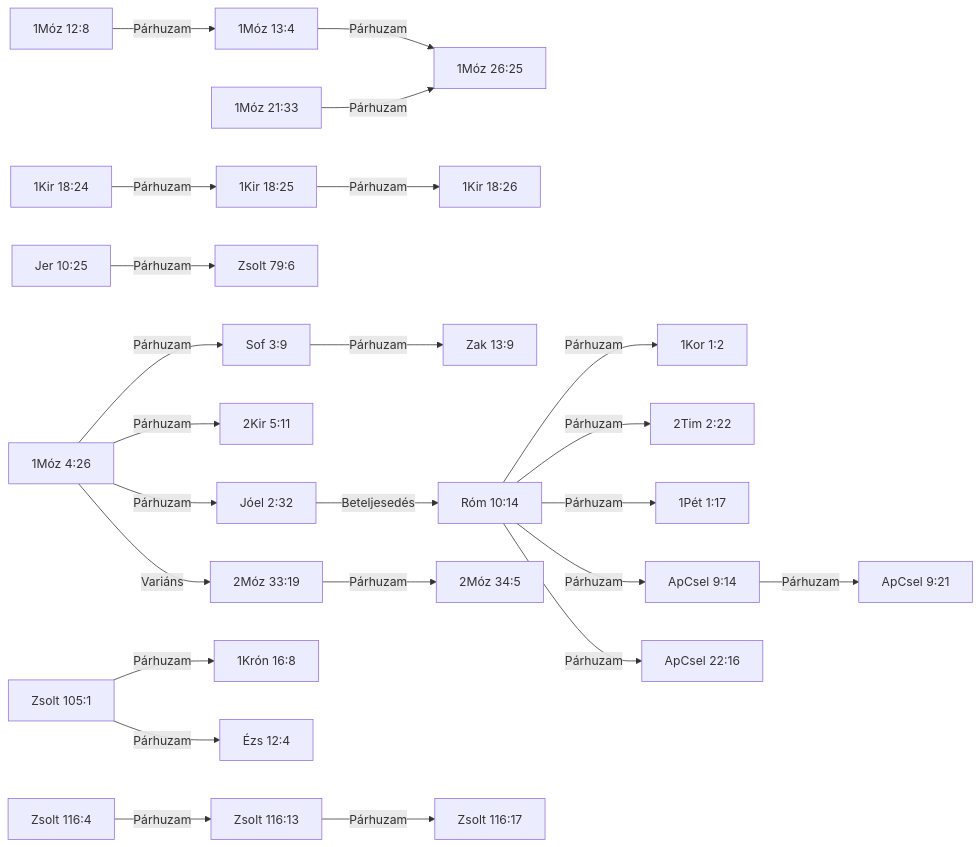
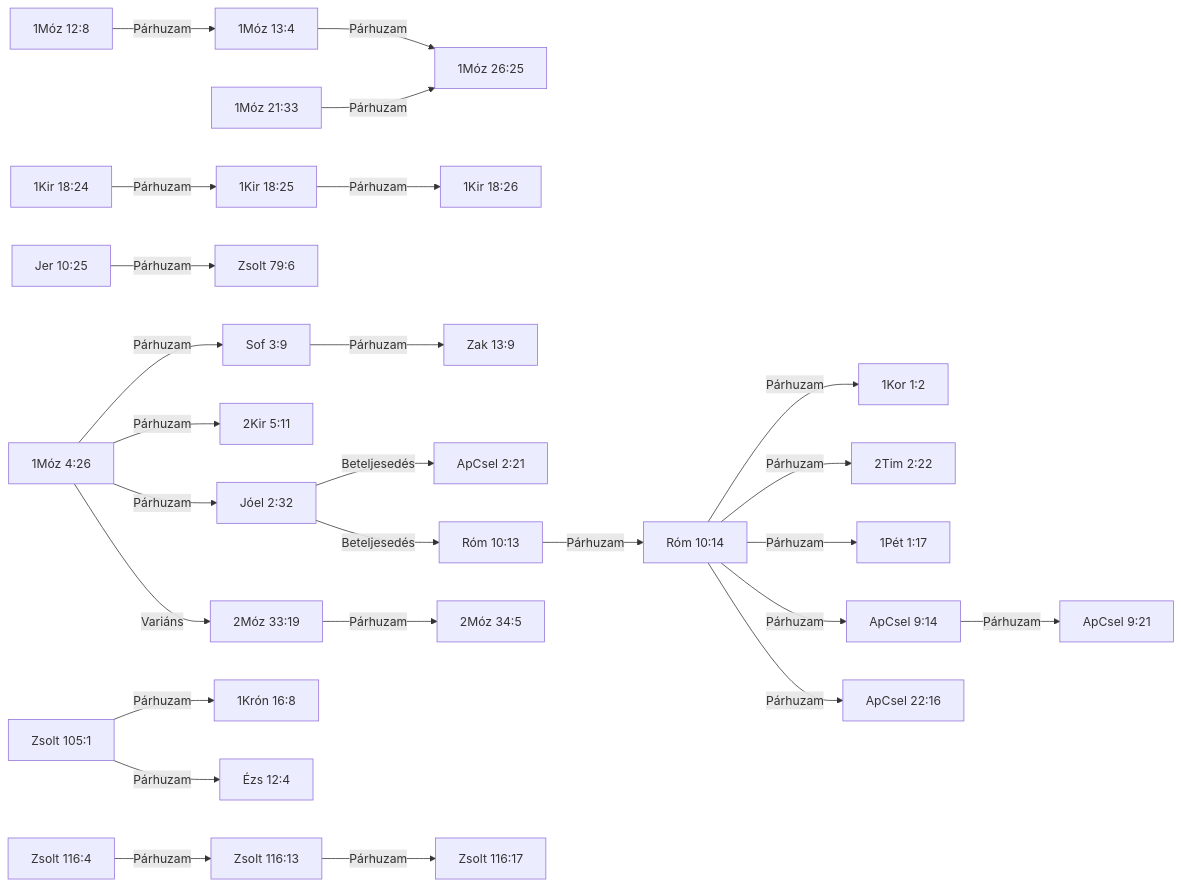
Before and after one commit to basesoft777/Bible-Study: the diagram in lexikon/ISTENTISZT-001_TUDOMANYOS.md, drawn with Mermaid. The commit also changed other lines of this file and 3 other files, not shown here.

````diff
--- a/lexikon/ISTENTISZT-001_TUDOMANYOS.md
+++ b/lexikon/ISTENTISZT-001_TUDOMANYOS.md
@@ -448,55 +463,59 @@
 ```mermaid
 graph LR
     n1["1Móz 4:26"]
     n2["1Móz 12:8"]
     n3["1Móz 13:4"]
     n4["1Móz 21:33"]
     n5["1Móz 26:25"]
     n6["2Móz 33:19"]
     n7["2Móz 34:5"]
     n8["1Kir 18:24"]
     n9["1Kir 18:25"]
     n10["1Kir 18:26"]
     n11["2Kir 5:11"]
     n12["1Krón 16:8"]
     n13["Zsolt 79:6"]
     n14["Zsolt 105:1"]
     n15["Zsolt 116:4"]
     n16["Zsolt 116:13"]
     n17["Zsolt 116:17"]
     n18["Ézs 12:4"]
     n19["Jer 10:25"]
     n20["Jóel 2:32"]
     n21["Sof 3:9"]
     n22["Zak 13:9"]
-    n23["ApCsel 9:14"]
-    n24["ApCsel 9:21"]
-    n25["ApCsel 22:16"]
-    n26["Róm 10:14"]
-    n27["1Kor 1:2"]
-    n28["2Tim 2:22"]
-    n29["1Pét 1:17"]
+    n23["ApCsel 2:21"]
+    n24["ApCsel 9:14"]
+    n25["ApCsel 9:21"]
+    n26["ApCsel 22:16"]
+    n27["Róm 10:13"]
+    n28["Róm 10:14"]
+    n29["1Kor 1:2"]
+    n30["2Tim 2:22"]
+    n31["1Pét 1:17"]
     n1 -->|Párhuzam| n21
     n1 -->|Párhuzam| n11
     n1 -->|Párhuzam| n20
-    n20 -->|Beteljesedés| n26
-    n26 -->|Párhuzam| n27
-    n26 -->|Párhuzam| n28
-    n26 -->|Párhuzam| n29
-    n26 -->|Párhuzam| n23
-    n23 -->|Párhuzam| n24
-    n26 -->|Párhuzam| n25
+    n20 -->|Beteljesedés| n23
+    n20 -->|Beteljesedés| n27
+    n27 -->|Párhuzam| n28
+    n28 -->|Párhuzam| n29
+    n28 -->|Párhuzam| n30
+    n28 -->|Párhuzam| n31
+    n28 -->|Párhuzam| n24
+    n24 -->|Párhuzam| n25
+    n28 -->|Párhuzam| n26
     n1 -->|Variáns| n6
     n6 -->|Párhuzam| n7
     n2 -->|Párhuzam| n3
     n3 -->|Párhuzam| n5
     n4 -->|Párhuzam| n5
     n8 -->|Párhuzam| n9
     n9 -->|Párhuzam| n10
     n15 -->|Párhuzam| n16
     n16 -->|Párhuzam| n17
     n14 -->|Párhuzam| n12
     n14 -->|Párhuzam| n18
     n19 -->|Párhuzam| n13
     n21 -->|Párhuzam| n22
 ```
````
